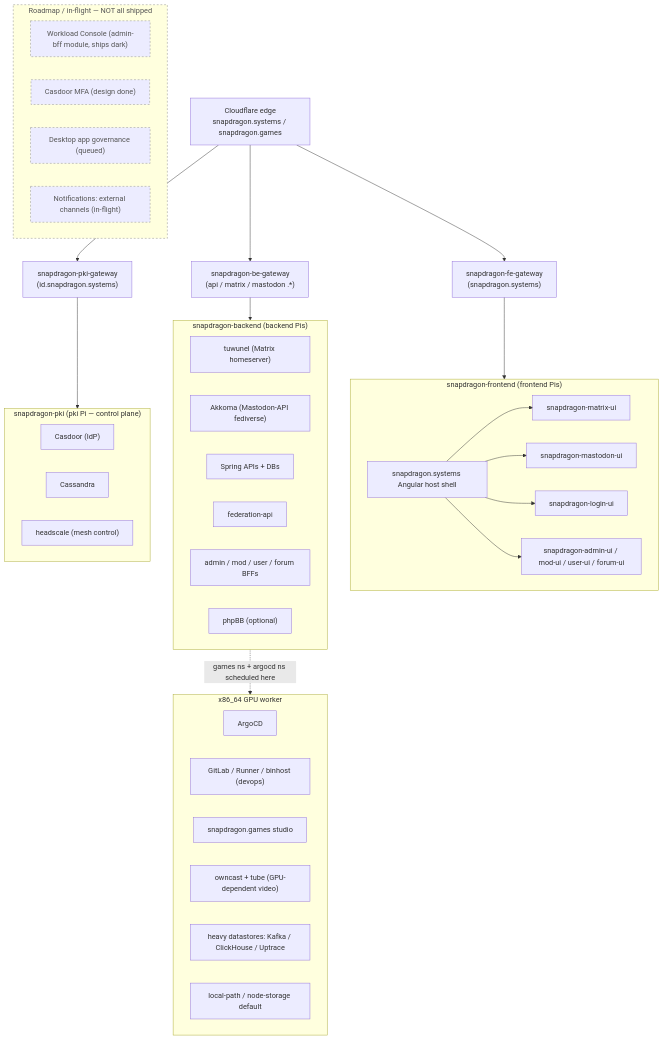
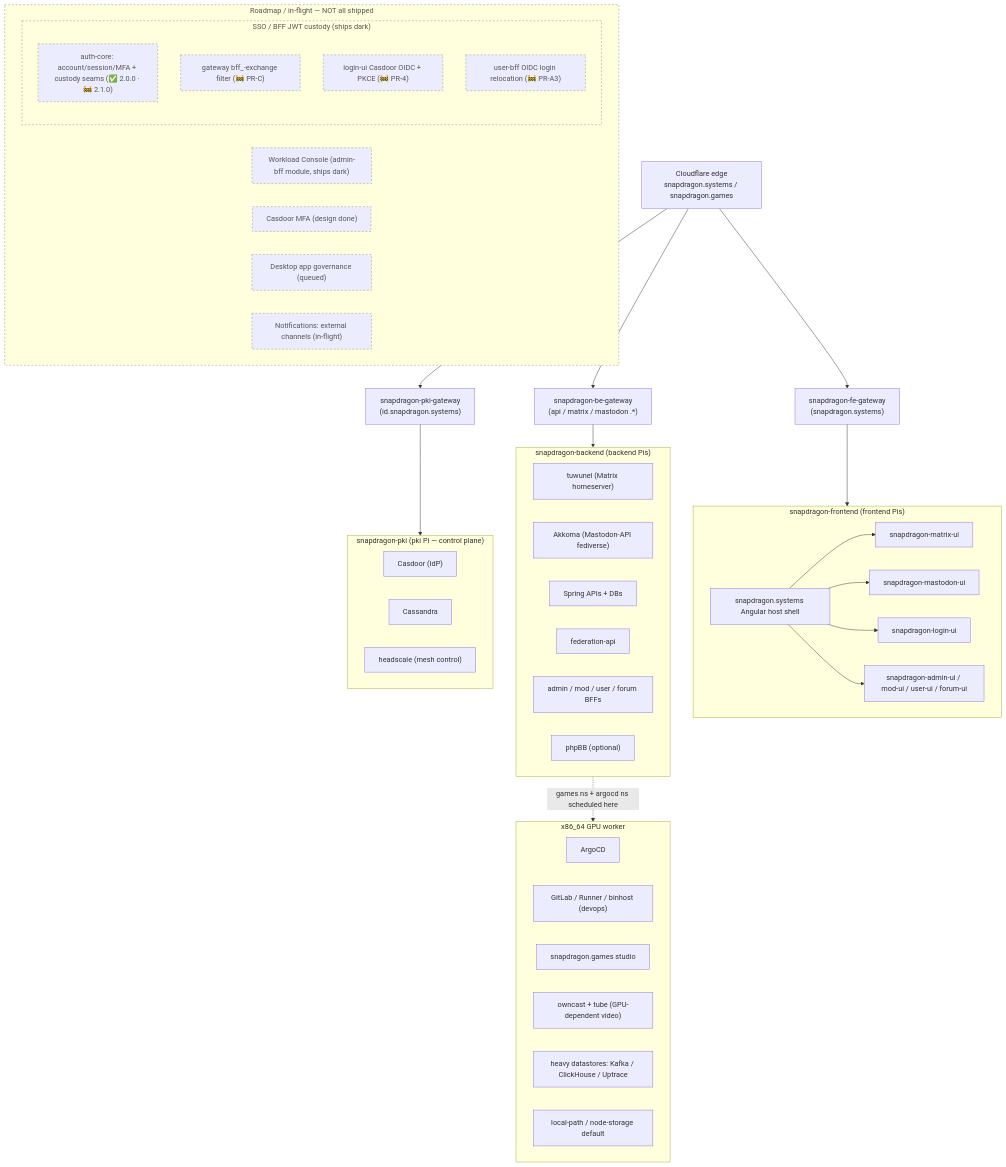
One commit to hugmesh/hugmesh-generator changed the first of 2 diagrams in docs/ARCHITECTURE.md. Above: the diagram before and after it, drawn with Mermaid. The commit also changed other lines of this file, not shown here.

First line of the commit message:
docs(architecture): document SSO BFF JWT-custody auth flow + roadmap (#158)

````diff
--- a/docs/ARCHITECTURE.md
+++ b/docs/ARCHITECTURE.md
@@ -24,54 +24,60 @@
 ```mermaid
 flowchart TD
     CF["Cloudflare edge<br/>snapdragon.systems / snapdragon.games"]
     CF --> FEGW["snapdragon-fe-gateway<br/>(snapdragon.systems)"]
     CF --> BEGW["snapdragon-be-gateway<br/>(api / matrix / mastodon .*)"]
     CF --> PKIGW["snapdragon-pki-gateway<br/>(id.snapdragon.systems)"]
 
     subgraph FE["snapdragon-frontend (frontend Pis)"]
         HOST["snapdragon.systems Angular host shell"]
         HOST --> MUI["snapdragon-matrix-ui"]
         HOST --> MASTUI["snapdragon-mastodon-ui"]
         HOST --> LOGINUI["snapdragon-login-ui"]
         HOST --> ADMINUI["snapdragon-admin-ui / mod-ui / user-ui / forum-ui"]
     end
 
     subgraph BE["snapdragon-backend (backend Pis)"]
         TUW["tuwunel (Matrix homeserver)"]
         AKK["Akkoma (Mastodon-API fediverse)"]
         APIS["Spring APIs + DBs"]
         FEDAPI["federation-api"]
         BFFS["admin / mod / user / forum BFFs"]
         PHPBB["phpBB (optional)"]
     end
 
     subgraph PKI["snapdragon-pki (pki Pi — control plane)"]
         CAS["Casdoor (IdP)"]
         CASS["Cassandra"]
         HS["headscale (mesh control)"]
     end
 
     subgraph X86["x86_64 GPU worker"]
         ARGO["ArgoCD"]
         DEVOPS["GitLab / Runner / binhost (devops)"]
         GAMES["snapdragon.games studio"]
         VIDEO["owncast + tube (GPU-dependent video)"]
         HEAVY["heavy datastores: Kafka / ClickHouse / Uptrace"]
         STORE["local-path / node-storage default"]
     end
 
     FEGW --> FE
     BEGW --> BE
     PKIGW --> PKI
     BE -. "games ns + argocd ns scheduled here" .-> X86
 
     subgraph ROADMAP["Roadmap / in-flight — NOT all shipped"]
         WC["Workload Console (admin-bff module, ships dark)"]
         MFA["Casdoor MFA (design done)"]
         DESKGOV["Desktop app governance (queued)"]
         NOTIFY["Notifications: external channels (in-flight)"]
+        subgraph SSO["SSO / BFF JWT custody (ships dark)"]
+            AUTHCORE["auth-core: account/session/MFA + custody seams (✅ 2.0.0 · 🚧 2.1.0)"]
+            GWEXCH["gateway bff_-exchange filter (🚧 PR-C)"]
+            LOGINOIDC["login-ui Casdoor OIDC + PKCE (🚧 PR-4)"]
+            UBRELOC["user-bff OIDC login relocation (🚧 PR-A3)"]
+        end
     end
 
     classDef planned stroke-dasharray:4,stroke:#888,color:#555;
-    class ROADMAP,WC,MFA,DESKGOV,NOTIFY planned;
+    class ROADMAP,WC,MFA,DESKGOV,NOTIFY,SSO,AUTHCORE,GWEXCH,LOGINOIDC,UBRELOC planned;
 ```
````
